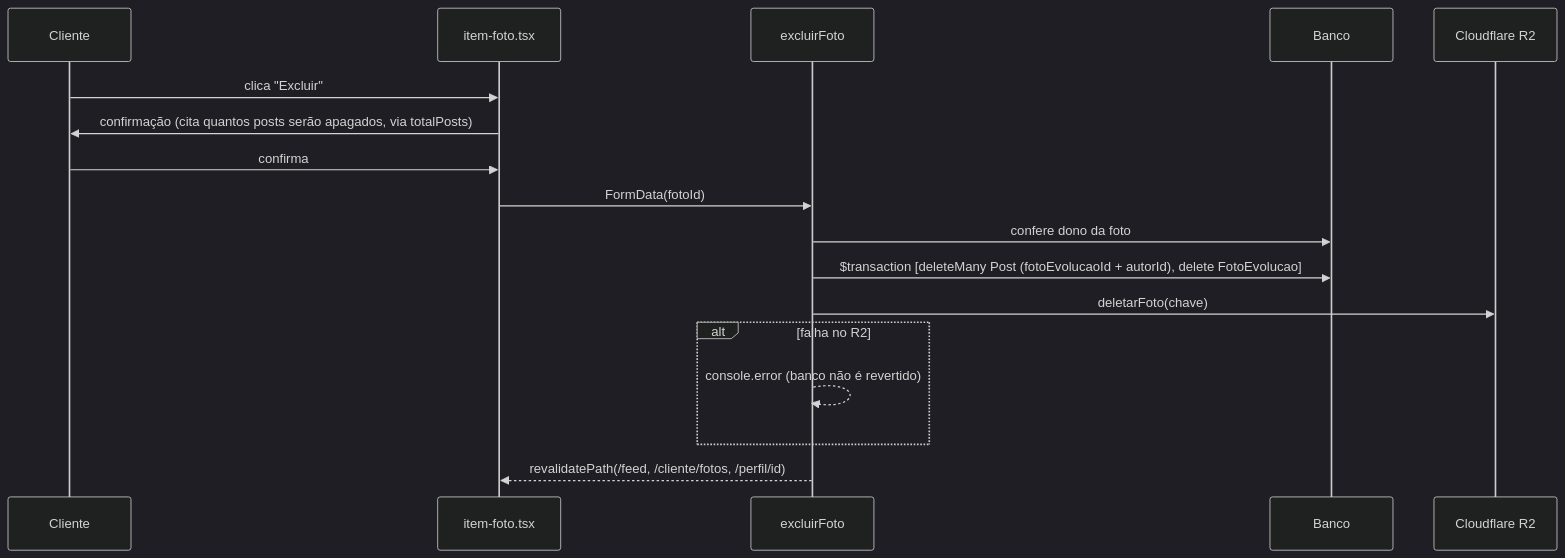
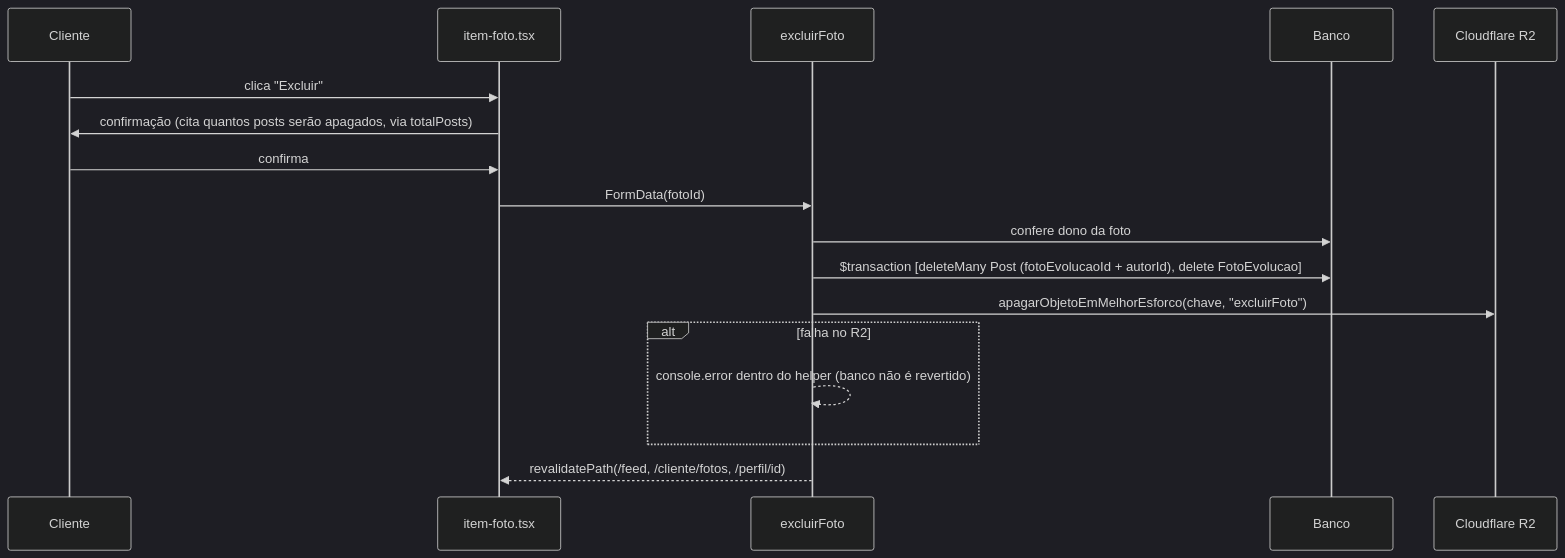
Before and after one commit to Willsmt/comunidade-belle-et-belle: the second of 2 diagrams in docs/features/perfil.md, drawn with Mermaid (dark theme). The commit also changed other lines of this file and 7 other files, not shown here.

````diff
--- a/docs/features/perfil.md
+++ b/docs/features/perfil.md
@@ -90,20 +94,20 @@
 ```mermaid
 sequenceDiagram
     participant C as Cliente
     participant UI as item-foto.tsx
     participant A as excluirFoto
     participant DB as Banco
     participant R2 as Cloudflare R2
 
     C->>UI: clica "Excluir"
     UI->>C: confirmação (cita quantos posts serão apagados, via totalPosts)
     C->>UI: confirma
     UI->>A: FormData(fotoId)
     A->>DB: confere dono da foto
     A->>DB: $transaction [deleteMany Post (fotoEvolucaoId + autorId), delete FotoEvolucao]
-    A->>R2: deletarFoto(chave)
+    A->>R2: apagarObjetoEmMelhorEsforco(chave, "excluirFoto")
     alt falha no R2
-        A-->>A: console.error (banco não é revertido)
+        A-->>A: console.error dentro do helper (banco não é revertido)
     end
     A-->>UI: revalidatePath(/feed, /cliente/fotos, /perfil/id)
 ```
````
